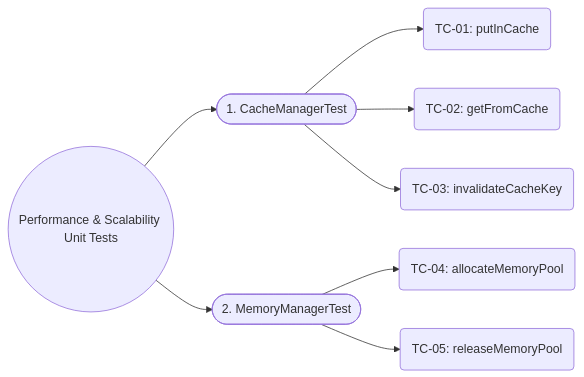
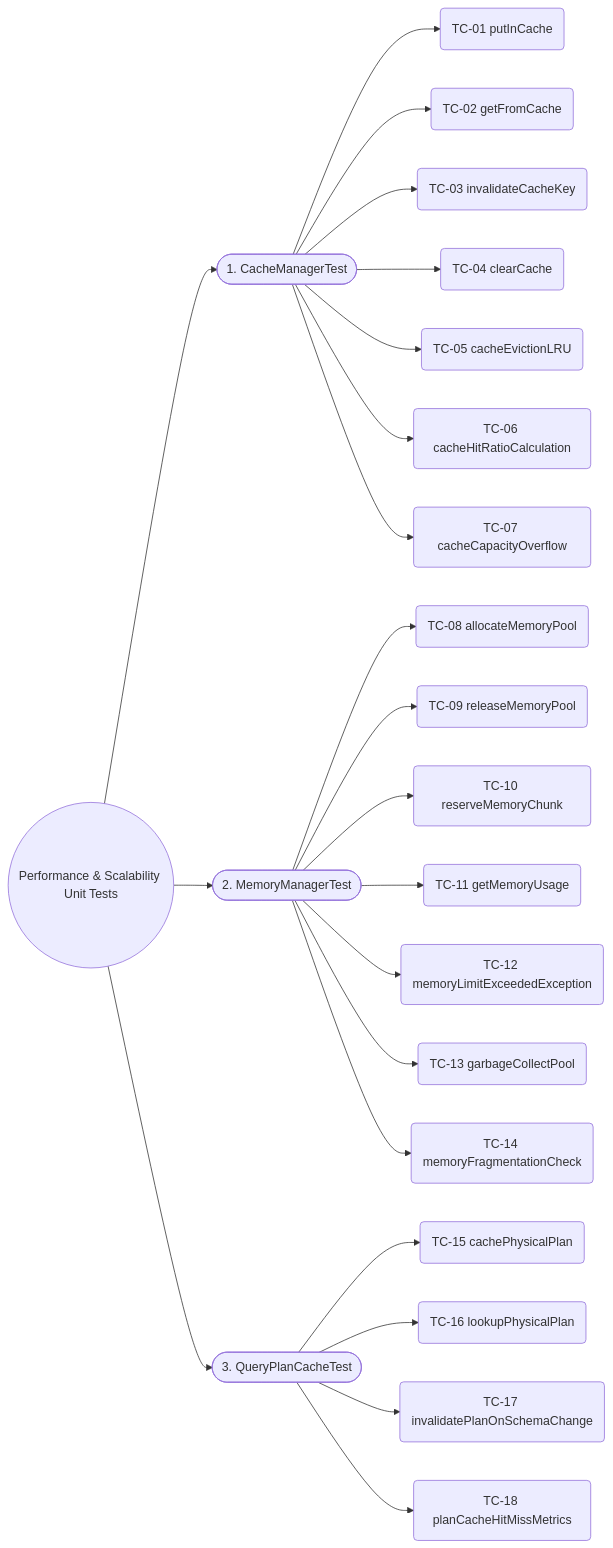
One commit to Dikhang1112/Database_Management_BBV changed the ninth of 11 diagrams in docs/unit_test/README.md. Above: the diagram before and after it, drawn with Mermaid. The commit also changed other lines of this file and 6 other files, not shown here.

Commit message:
Add docs sequece diagram and scenario testcase

````diff
--- a/docs/unit_test/README.md
+++ b/docs/unit_test/README.md
@@ -426,17 +597,33 @@
 ```mermaid
 flowchart LR
     Root(("Performance & Scalability Unit Tests"))
 
     Cat1(["1. CacheManagerTest"])
     Cat2(["2. MemoryManagerTest"])
+    Cat3(["3. QueryPlanCacheTest"])
 
     Root --> Cat1
     Root --> Cat2
+    Root --> Cat3
 
-    Cat1 --> TC01("TC-01: putInCache")
-    Cat1 --> TC02("TC-02: getFromCache")
-    Cat1 --> TC03("TC-03: invalidateCacheKey")
+    Cat1 --> TC01("TC-01 putInCache")
+    Cat1 --> TC02("TC-02 getFromCache")
+    Cat1 --> TC03("TC-03 invalidateCacheKey")
+    Cat1 --> TC04("TC-04 clearCache")
+    Cat1 --> TC05("TC-05 cacheEvictionLRU")
+    Cat1 --> TC06("TC-06 cacheHitRatioCalculation")
+    Cat1 --> TC07("TC-07 cacheCapacityOverflow")
 
-    Cat2 --> TC04("TC-04: allocateMemoryPool")
-    Cat2 --> TC05("TC-05: releaseMemoryPool")
+    Cat2 --> TC08("TC-08 allocateMemoryPool")
+    Cat2 --> TC09("TC-09 releaseMemoryPool")
+    Cat2 --> TC10("TC-10 reserveMemoryChunk")
+    Cat2 --> TC11("TC-11 getMemoryUsage")
+    Cat2 --> TC12("TC-12 memoryLimitExceededException")
+    Cat2 --> TC13("TC-13 garbageCollectPool")
+    Cat2 --> TC14("TC-14 memoryFragmentationCheck")
+
+    Cat3 --> TC15("TC-15 cachePhysicalPlan")
+    Cat3 --> TC16("TC-16 lookupPhysicalPlan")
+    Cat3 --> TC17("TC-17 invalidatePlanOnSchemaChange")
+    Cat3 --> TC18("TC-18 planCacheHitMissMetrics")
 ```
````
